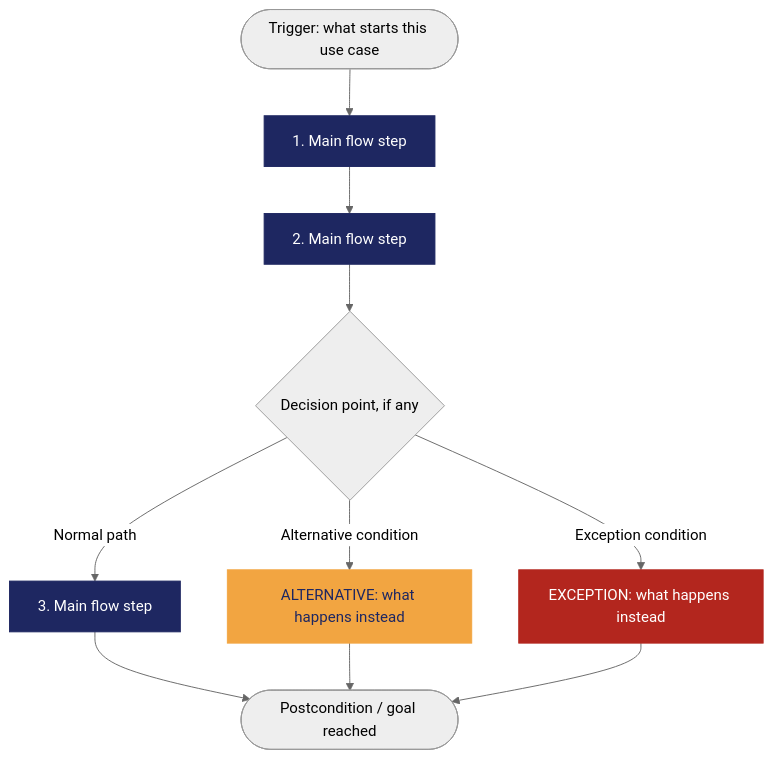
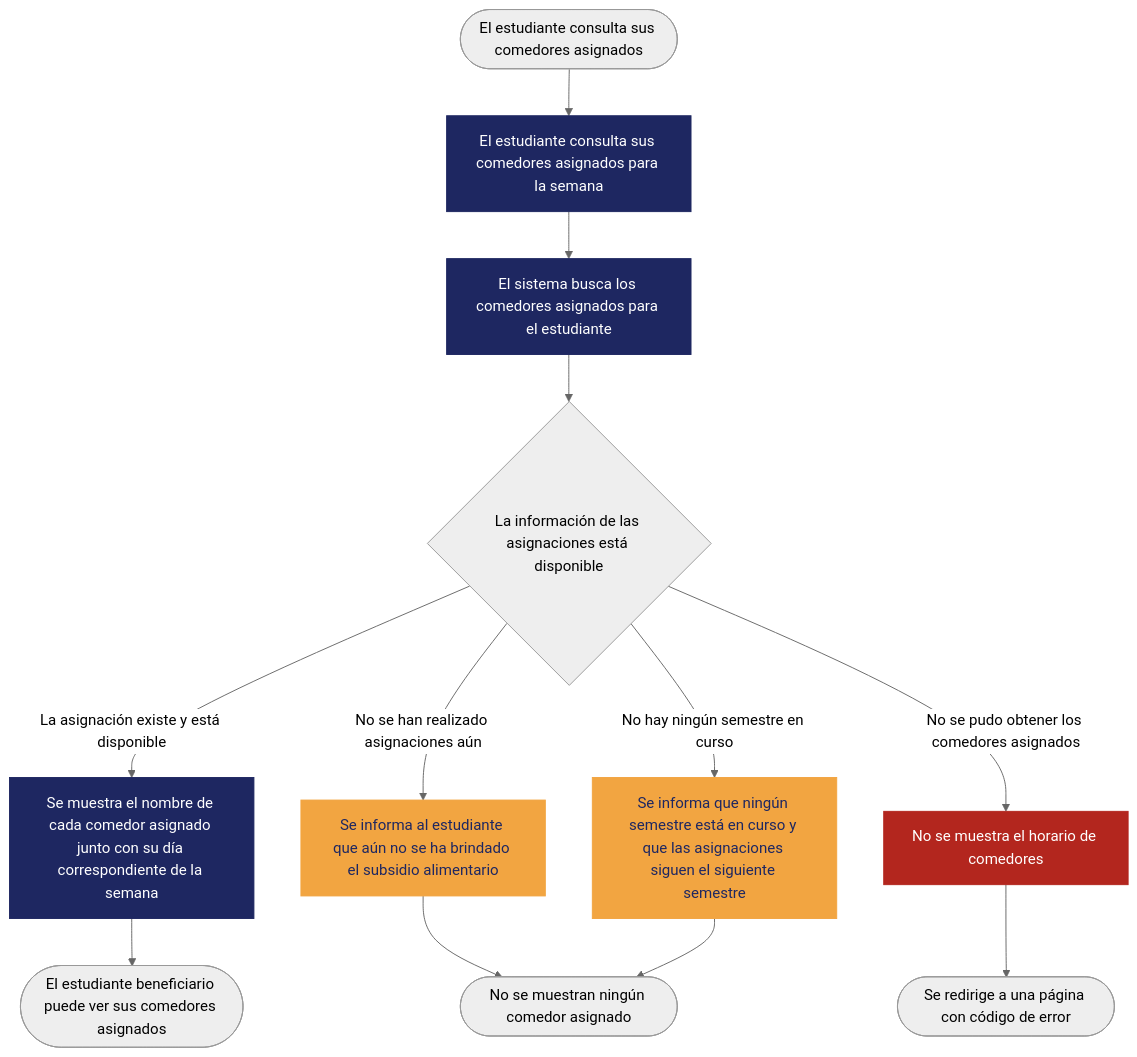
The diagram in docs/requirements/REQ-01.md (alfredoquev/Almuerzate.app), drawn with Mermaid (neutral theme) before and after one commit. The commit also changed other lines of this file, not shown here.

````diff
--- a/docs/requirements/REQ-01.md
+++ b/docs/requirements/REQ-01.md
@@ -140,19 +132,21 @@
 ```mermaid
 flowchart TD
-    A([Trigger: what starts this use case]) --> B["1. Main flow step"]
-    B --> C["2. Main flow step"]
-    C --> D{"Decision point, if any"}
-    D -- "Normal path" --> G["3. Main flow step"]
-    G --> H(["Postcondition / goal reached"])
-    D -- "Alternative condition" --> E["ALTERNATIVE: what happens instead"]
-    E --> H
-    D -- "Exception condition" --> F["EXCEPTION: what happens instead"]
-    F --> H
+    A([El estudiante consulta sus comedores asignados]) --> B["El estudiante consulta sus comedores asignados para la semana"]
+    B --> C["El sistema busca los comedores asignados para el estudiante"]
+    C --> D{"La información de las asignaciones está disponible"}
+    D -- "La asignación existe y está disponible" --> G["Se muestra el nombre de cada comedor asignado junto con su día correspondiente de la semana"]
+    G --> H(["El estudiante beneficiario puede ver sus comedores asignados"])
+    D -- "No se han realizado asignaciones aún" --> E["Se informa al estudiante que aún no se ha brindado el subsidio alimentario"]
+    E --> I(["No se muestran ningún comedor asignado"])
+    D -- "No se pudo obtener los comedores asignados" --> F["No se muestra el horario de comedores"]
+    F --> J(["Se redirige a una página con código de error"])
+    D -- "No hay ningún semestre en curso" --> K["Se informa que ningún semestre está en curso y que las asignaciones siguen el siguiente semestre"]
+    K --> I
 
     classDef mainflow fill:#1E2761,color:#ffffff,stroke:#1E2761;
     classDef alt fill:#F2A541,color:#1E2761,stroke:#F2A541;
     classDef exception fill:#B3261E,color:#ffffff,stroke:#B3261E;
     class B,C,G mainflow;
-    class E alt;
+    class E,K alt;
     class F exception;
 ```
````
